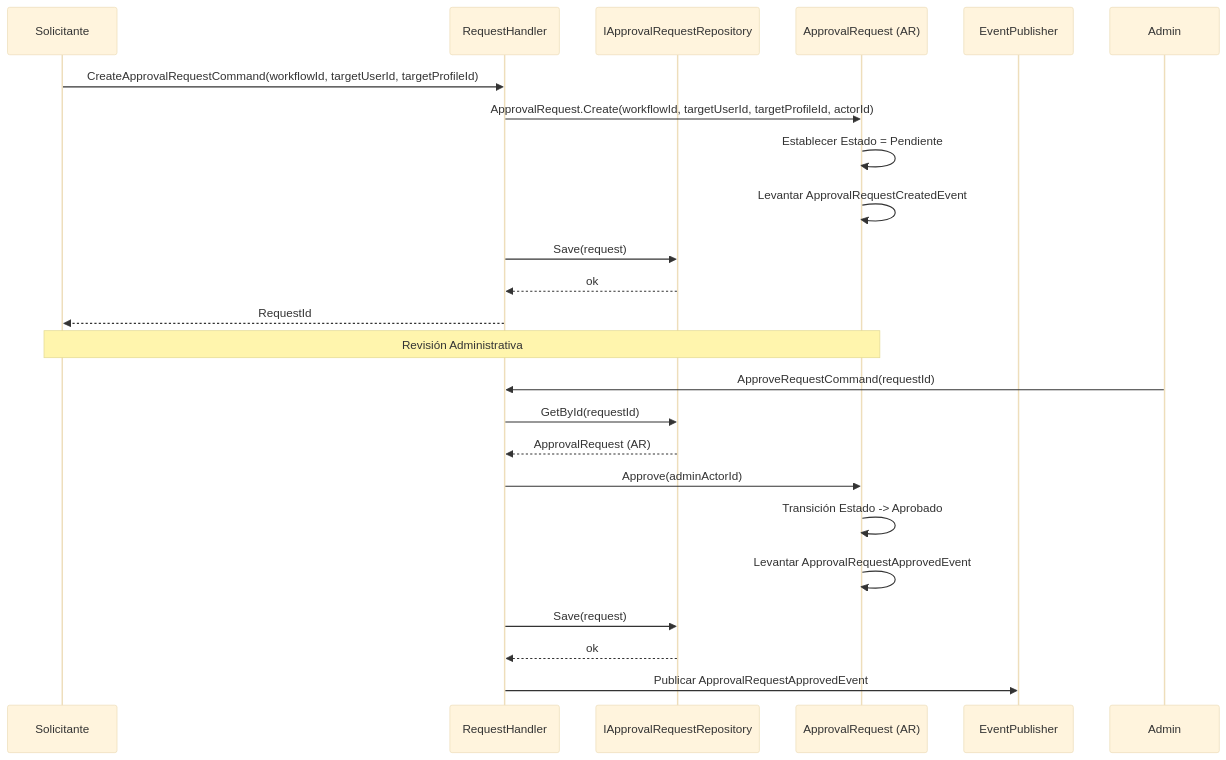
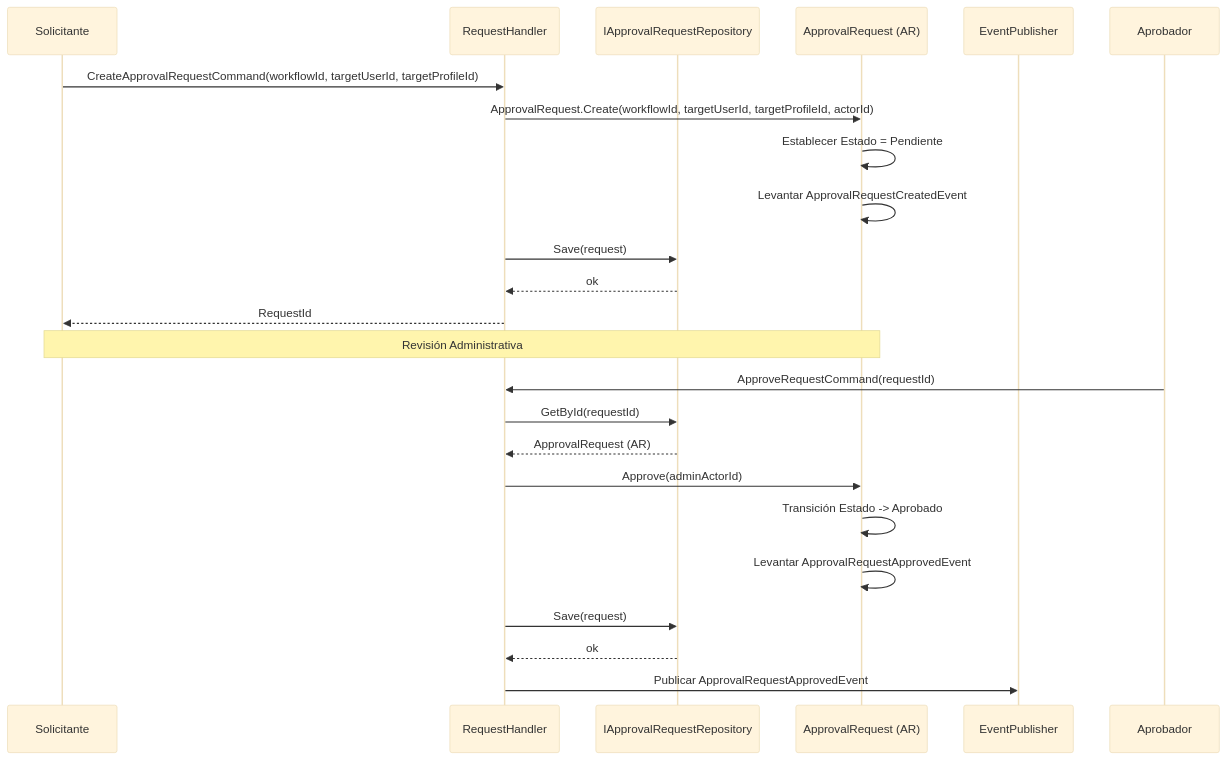
One commit to beyondnetcode/ums changed the second of 4 diagrams in docs/domain-es/approvals/approval-request.md. Above: the diagram before and after it, drawn with Mermaid (base theme). The commit also changed other lines of this file and 14 other files, not shown here.

Commit message:
docs(onboarding): align domain and ER models

````diff
--- a/docs/domain-es/approvals/approval-request.md
+++ b/docs/domain-es/approvals/approval-request.md
@@ -102,27 +103,28 @@
 ```mermaid
 sequenceDiagram
     participant U as Solicitante
     participant H as RequestHandler
     participant R as IApprovalRequestRepository
     participant A as ApprovalRequest (AR)
     participant E as EventPublisher
+    participant Admin as Aprobador
 
     U->>H: CreateApprovalRequestCommand(workflowId, targetUserId, targetProfileId)
     H->>A: ApprovalRequest.Create(workflowId, targetUserId, targetProfileId, actorId)
     A->>A: Establecer Estado = Pendiente
     A->>A: Levantar ApprovalRequestCreatedEvent
     H->>R: Save(request)
     R-->>H: ok
     H-->>U: RequestId
 
     Note over U,A: Revisión Administrativa
     Admin->>H: ApproveRequestCommand(requestId)
     H->>R: GetById(requestId)
     R-->>H: ApprovalRequest (AR)
     H->>A: Approve(adminActorId)
     A->>A: Transición Estado -> Aprobado
     A->>A: Levantar ApprovalRequestApprovedEvent
     H->>R: Save(request)
     R-->>H: ok
     H->>E: Publicar ApprovalRequestApprovedEvent
 ```
````
